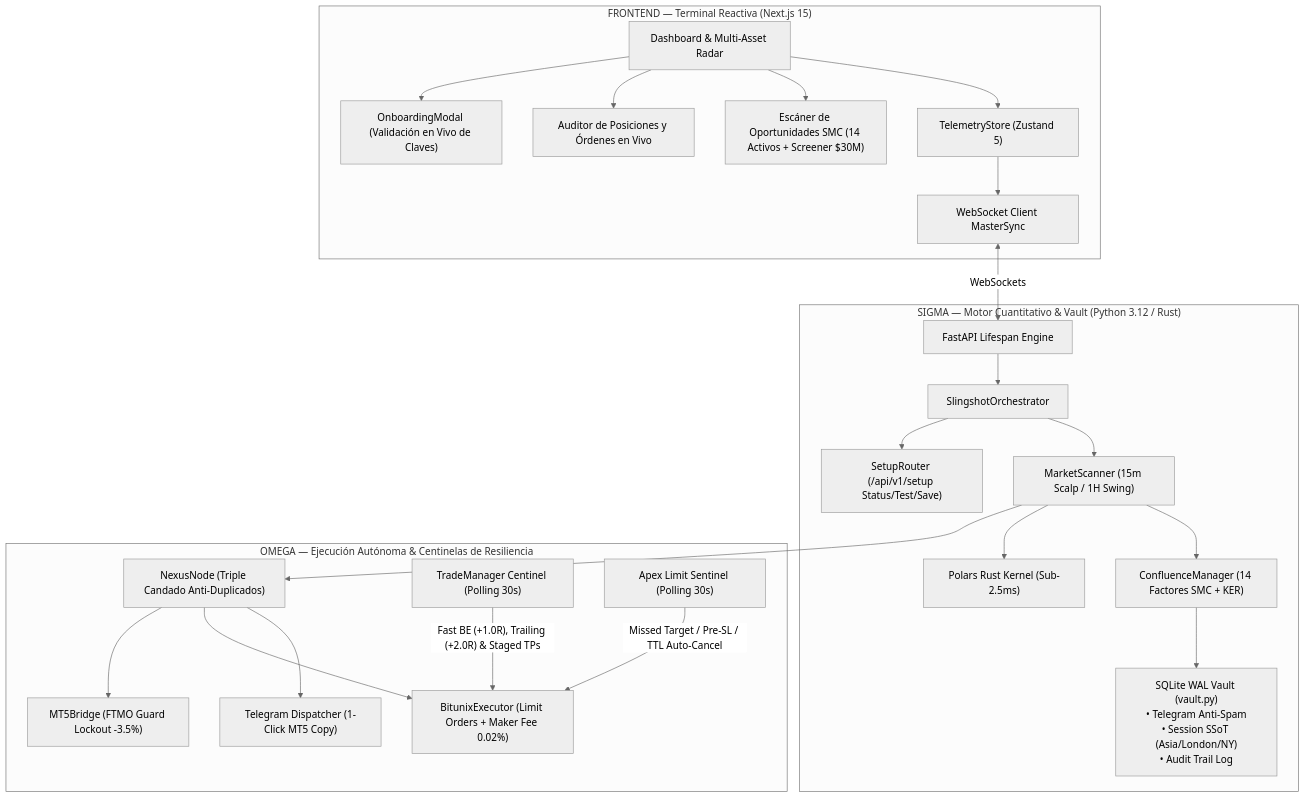
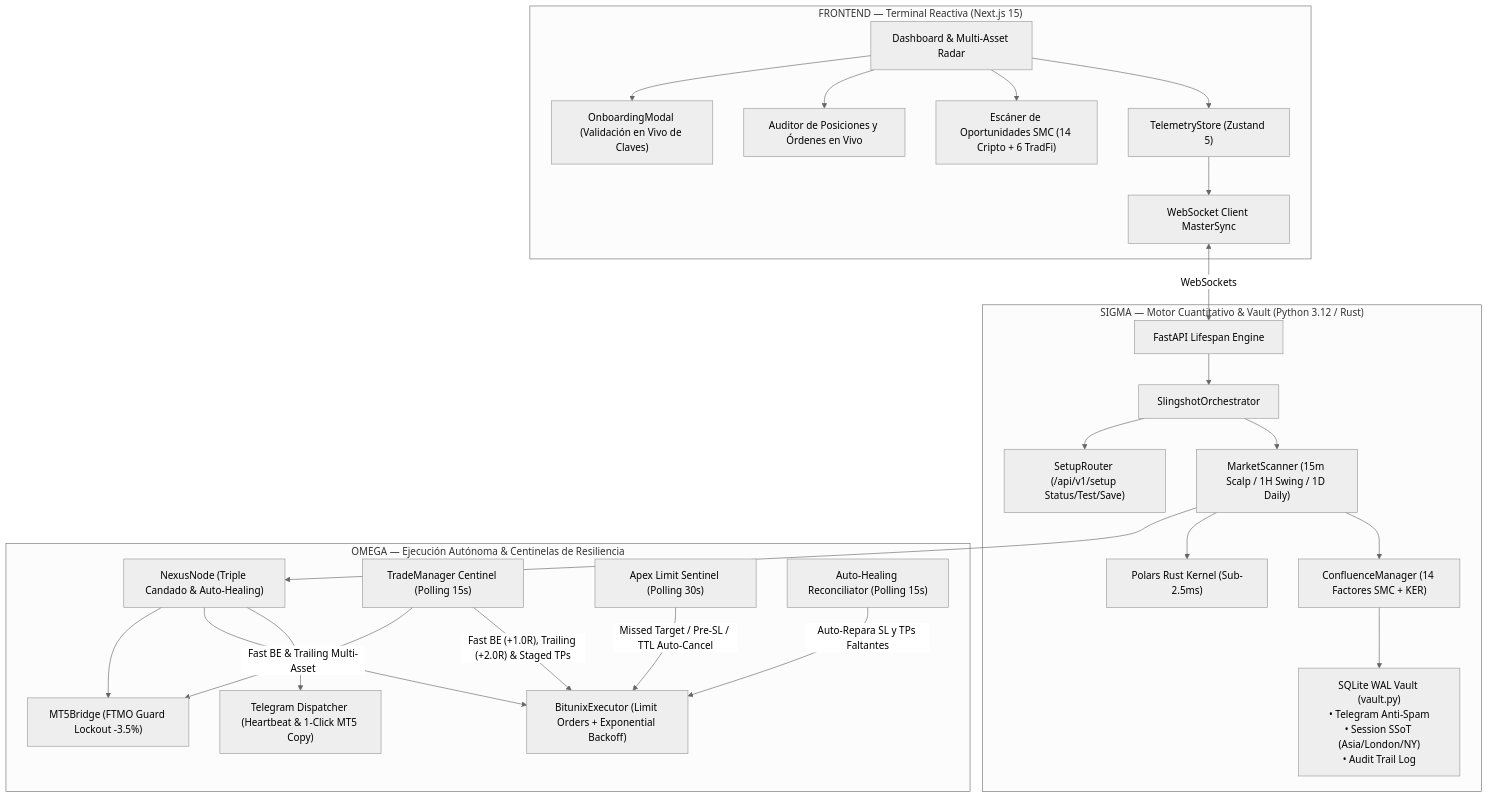
Before and after one commit to matiquelmec/Slingshot: the diagram in docs/SLINGSHOT_BIBLE_V22.md, drawn with Mermaid (neutral theme). The commit also changed other lines of this file and 4 other files, not shown here.

Commit message:
docs(apex): synchronize 100% of project documentation to v22.3 APEX SOVEREIGN (README, Bible, Architecture Guide, QA Suite 63/63)

````diff
--- a/docs/SLINGSHOT_BIBLE_V22.md
+++ b/docs/SLINGSHOT_BIBLE_V22.md
@@ -25,30 +31,32 @@
 ```mermaid
 graph TB
     subgraph "FRONTEND — Terminal Reactiva (Next.js 15)"
         A["Dashboard & Multi-Asset Radar"] --> B["TelemetryStore (Zustand 5)"]
         B --> C["WebSocket Client MasterSync"]
-        A --> D["Escáner de Oportunidades SMC (14 Activos + Screener $30M)"]
+        A --> D["Escáner de Oportunidades SMC (14 Cripto + 6 TradFi)"]
         A --> E["Auditor de Posiciones y Órdenes en Vivo"]
         A --> OB["OnboardingModal (Validación en Vivo de Claves)"]
     end
 
     subgraph "SIGMA — Motor Cuantitativo & Vault (Python 3.12 / Rust)"
         J["FastAPI Lifespan Engine"] --> K["SlingshotOrchestrator"]
-        K --> L["MarketScanner (15m Scalp / 1H Swing)"]
+        K --> L["MarketScanner (15m Scalp / 1H Swing / 1D Daily)"]
         K --> SETUP["SetupRouter (/api/v1/setup Status/Test/Save)"]
         L --> M["ConfluenceManager (14 Factores SMC + KER)"]
         L --> N["Polars Rust Kernel (Sub-2.5ms)"]
         M --> V["SQLite WAL Vault (vault.py)<br/>• Telegram Anti-Spam<br/>• Session SSoT (Asia/London/NY)<br/>• Audit Trail Log"]
     end
 
     subgraph "OMEGA — Ejecución Autónoma & Centinelas de Resiliencia"
-        L --> NX["NexusNode (Triple Candado Anti-Duplicados)"]
-        NX --> T["Telegram Dispatcher (1-Click MT5 Copy)"]
-        NX --> BX["BitunixExecutor (Limit Orders + Maker Fee 0.02%)"]
+        L --> NX["NexusNode (Triple Candado & Auto-Healing)"]
+        NX --> T["Telegram Dispatcher (Heartbeat & 1-Click MT5 Copy)"]
+        NX --> BX["BitunixExecutor (Limit Orders + Exponential Backoff)"]
         NX --> MT5["MT5Bridge (FTMO Guard Lockout -3.5%)"]
-        TM["TradeManager Centinel (Polling 30s)"] --> |"Fast BE (+1.0R), Trailing (+2.0R) & Staged TPs"| BX
+        TM["TradeManager Centinel (Polling 15s)"] --> |"Fast BE (+1.0R), Trailing (+2.0R) & Staged TPs"| BX
+        TM --> |"Fast BE & Trailing Multi-Asset"| MT5
         LS["Apex Limit Sentinel (Polling 30s)"] --> |"Missed Target / Pre-SL / TTL Auto-Cancel"| BX
+        AH["Auto-Healing Reconciliator (Polling 15s)"] --> |"Auto-Repara SL y TPs Faltantes"| BX
     end
 
     C <--> |"WebSockets"| J
 ```
````
